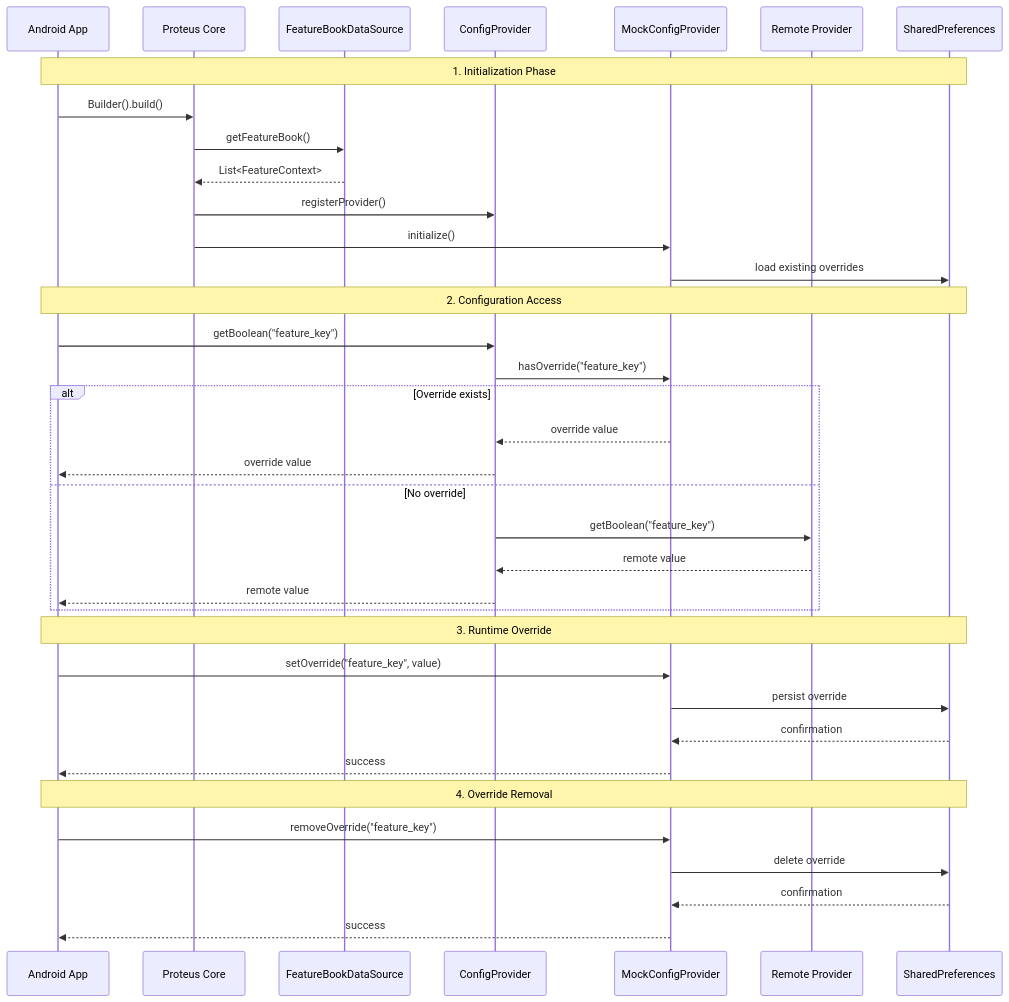
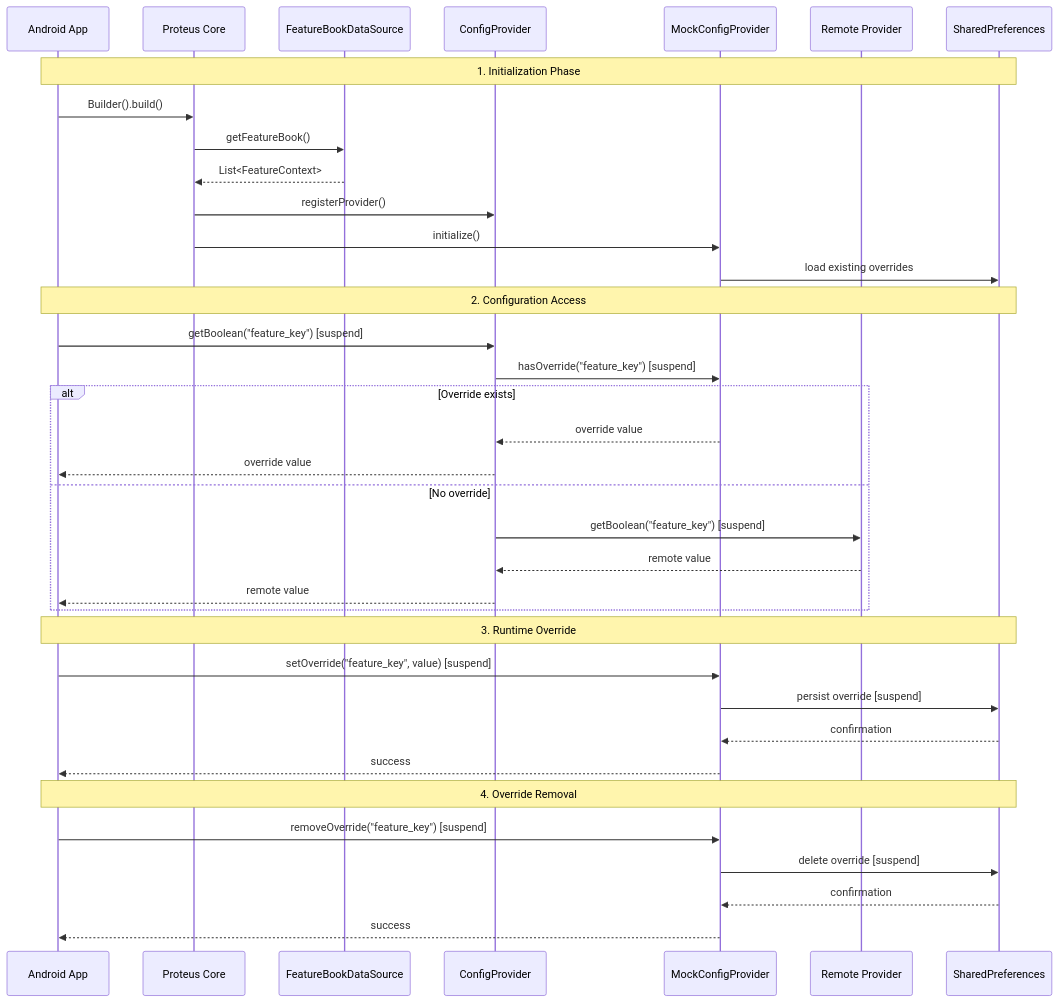
The third of 4 diagrams in docs/ARCHITECTURE.md (maxim-petlyuk/proteus), drawn with Mermaid before and after one commit. The commit also changed other lines of this file and 35 other files, not shown here.

First line of the commit message:
feat: make async version of the feature provider

````diff
--- a/docs/ARCHITECTURE.md
+++ b/docs/ARCHITECTURE.md
@@ -162,43 +162,43 @@
 ```mermaid
 sequenceDiagram
     participant App as Android App
     participant Proteus as Proteus Core
     participant DataSource as FeatureBookDataSource
     participant Provider as ConfigProvider
     participant Mock as MockConfigProvider
     participant Remote as Remote Provider
     participant Storage as SharedPreferences
 
     Note over App,Storage: 1. Initialization Phase
     App->>Proteus: Builder().build()
     Proteus->>DataSource: getFeatureBook()
     DataSource-->>Proteus: List<FeatureContext>
     Proteus->>Provider: registerProvider()
     Proteus->>Mock: initialize()
     Mock->>Storage: load existing overrides
 
     Note over App,Storage: 2. Configuration Access
-    App->>Provider: getBoolean("feature_key")
-    Provider->>Mock: hasOverride("feature_key")
+    App->>Provider: getBoolean("feature_key") [suspend]
+    Provider->>Mock: hasOverride("feature_key") [suspend]
 
     alt Override exists
         Mock-->>Provider: override value
         Provider-->>App: override value
     else No override
-        Provider->>Remote: getBoolean("feature_key")
+        Provider->>Remote: getBoolean("feature_key") [suspend]
         Remote-->>Provider: remote value
         Provider-->>App: remote value
     end
 
     Note over App,Storage: 3. Runtime Override
-    App->>Mock: setOverride("feature_key", value)
-    Mock->>Storage: persist override
+    App->>Mock: setOverride("feature_key", value) [suspend]
+    Mock->>Storage: persist override [suspend]
     Storage-->>Mock: confirmation
     Mock-->>App: success
 
     Note over App,Storage: 4. Override Removal
-    App->>Mock: removeOverride("feature_key")
-    Mock->>Storage: delete override
+    App->>Mock: removeOverride("feature_key") [suspend]
+    Mock->>Storage: delete override [suspend]
     Storage-->>Mock: confirmation
     Mock-->>App: success
 ```
````
